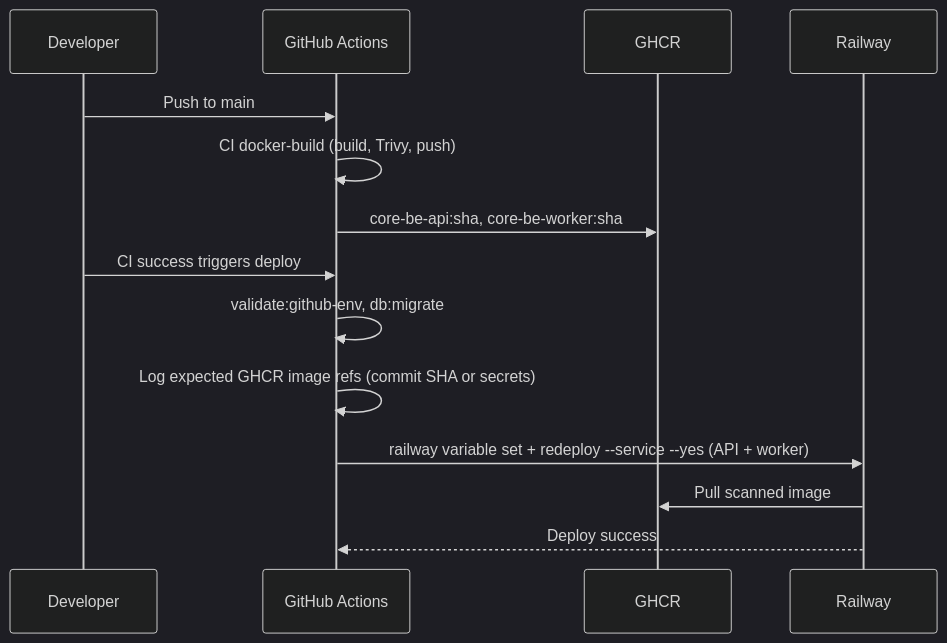
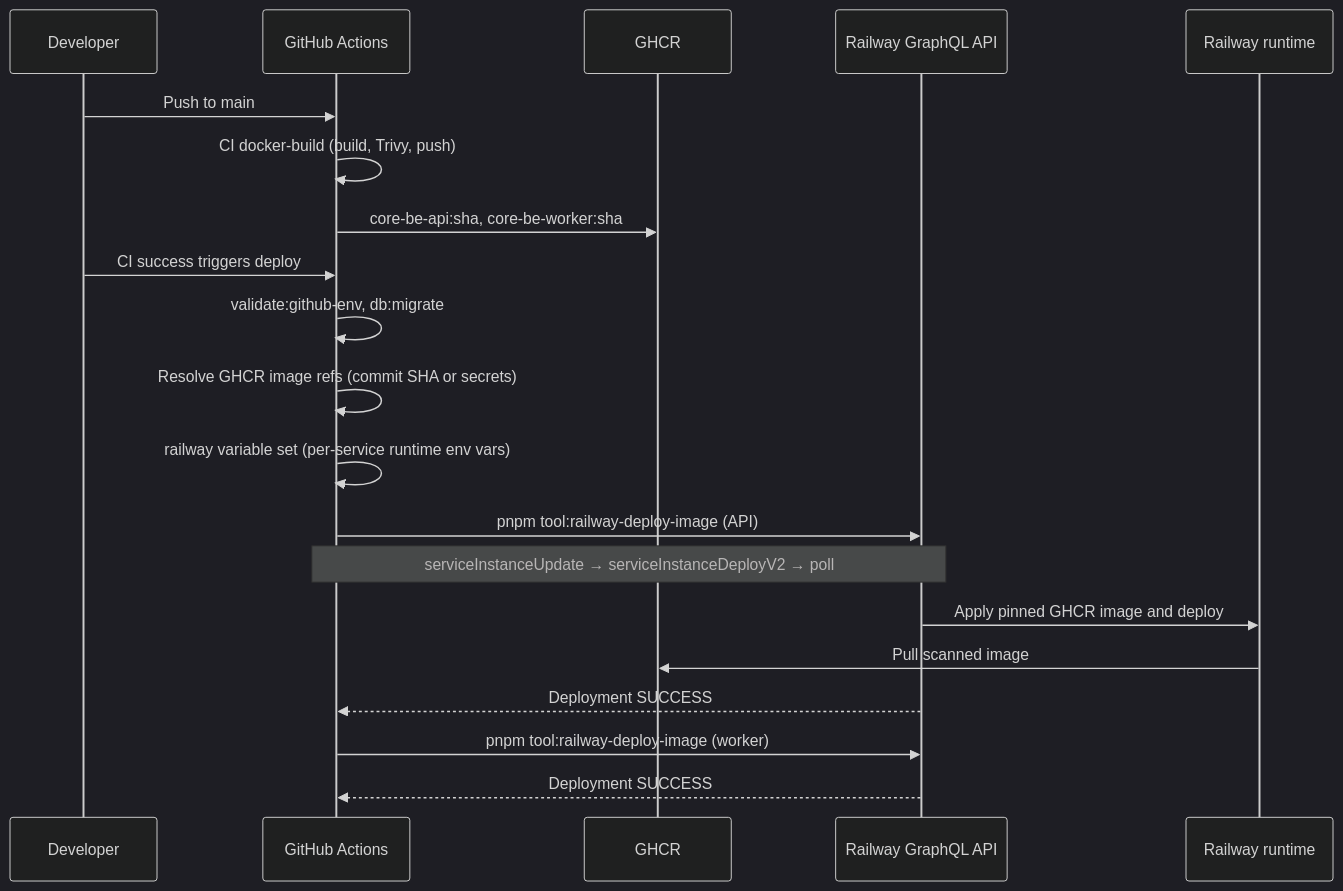
One commit to nikunjmavani/core-be changed the fourth of 6 diagrams in docs/deployment/ci-cd/cicd-and-deployment.md. Above: the diagram before and after it, drawn with Mermaid (dark theme). The commit also changed other lines of this file and 4 other files, not shown here.

````diff
--- a/docs/deployment/ci-cd/cicd-and-deployment.md
+++ b/docs/deployment/ci-cd/cicd-and-deployment.md
@@ -219,17 +219,23 @@
 ```mermaid
 sequenceDiagram
   participant Dev as Developer
   participant GH as GitHub Actions
   participant GHCR as GHCR
-  participant Railway as Railway
+  participant RailwayAPI as Railway GraphQL API
+  participant Railway as Railway runtime
 
   Dev->>GH: Push to main
   GH->>GH: CI docker-build (build, Trivy, push)
   GH->>GHCR: core-be-api:sha, core-be-worker:sha
   Dev->>GH: CI success triggers deploy
   GH->>GH: validate:github-env, db:migrate
-  GH->>GH: Log expected GHCR image refs (commit SHA or secrets)
-  GH->>Railway: railway variable set + redeploy --service --yes (API + worker)
+  GH->>GH: Resolve GHCR image refs (commit SHA or secrets)
+  GH->>GH: railway variable set (per-service runtime env vars)
+  GH->>RailwayAPI: pnpm tool:railway-deploy-image (API)
+  Note over GH,RailwayAPI: serviceInstanceUpdate → serviceInstanceDeployV2 → poll
+  RailwayAPI->>Railway: Apply pinned GHCR image and deploy
   Railway->>GHCR: Pull scanned image
-  Railway-->>GH: Deploy success
+  RailwayAPI-->>GH: Deployment SUCCESS
+  GH->>RailwayAPI: pnpm tool:railway-deploy-image (worker)
+  RailwayAPI-->>GH: Deployment SUCCESS
 ```
````
